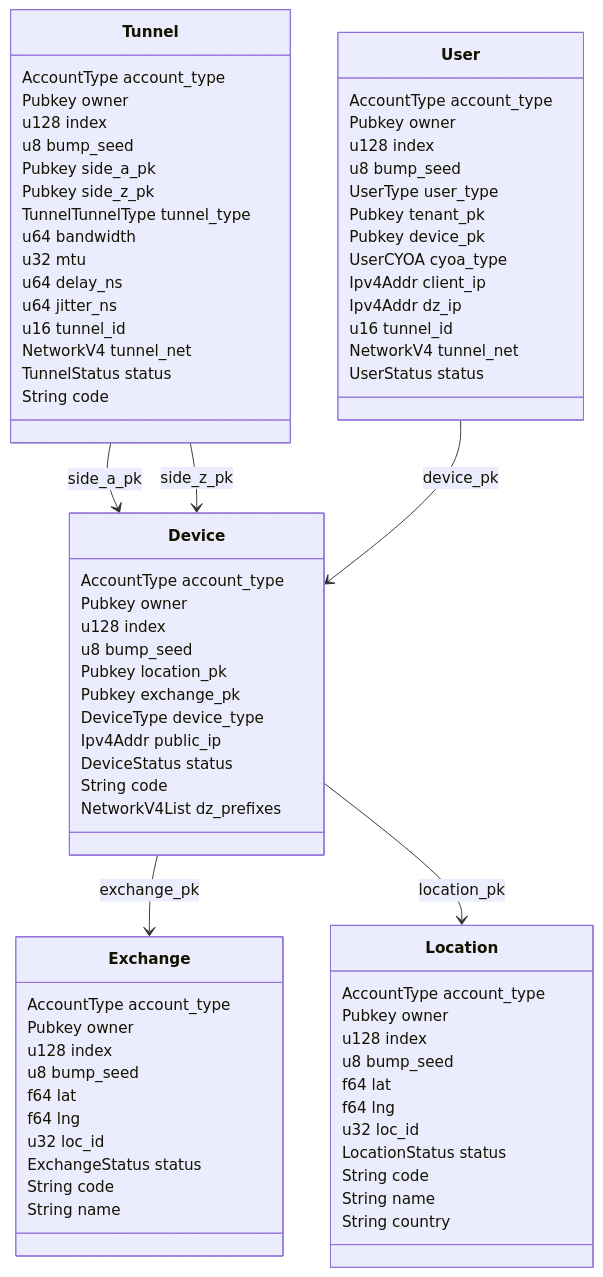
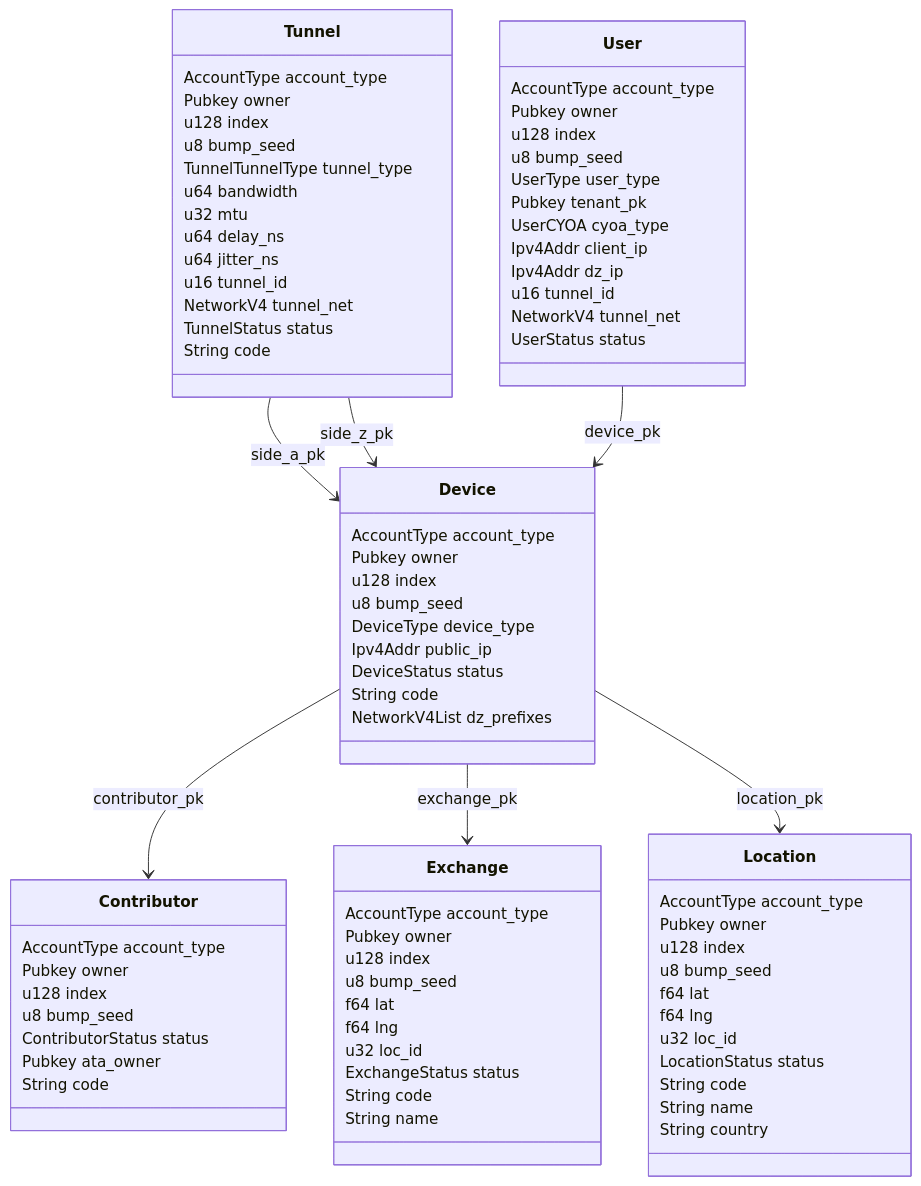
One commit to malbeclabs/doublezero changed the diagram in smartcontract/cli/README.md. Above: the diagram before and after it, drawn with Mermaid. The commit also changed other lines of this file and 2 other files, not shown here.

Commit message:
docs: add Contributor structure and commands to README files

```diff
--- a/smartcontract/cli/README.md
+++ b/smartcontract/cli/README.md
@@ -45,13 +45,20 @@
         String code
         String name
     }
+    class Contributor {
+        AccountType account_type
+        Pubkey owner
+        u128 index
+        u8 bump_seed
+        ContributorStatus status
+        Pubkey ata_owner
+        String code
+    }
     class Device {
         AccountType account_type
         Pubkey owner
         u128 index
         u8 bump_seed
-        Pubkey location_pk
-        Pubkey exchange_pk
         DeviceType device_type
         Ipv4Addr public_ip
         DeviceStatus status
@@ -63,8 +70,6 @@
         Pubkey owner
         u128 index
         u8 bump_seed
-        Pubkey side_a_pk
-        Pubkey side_z_pk
         TunnelTunnelType tunnel_type
         u64 bandwidth
         u32 mtu
@@ -82,7 +87,6 @@
         u8 bump_seed
         UserType user_type
         Pubkey tenant_pk
-        Pubkey device_pk
         UserCYOA cyoa_type
         Ipv4Addr client_ip
         Ipv4Addr dz_ip
@@ -90,7 +94,8 @@
         NetworkV4 tunnel_net
         UserStatus status
     }
-    Device --> Exchange : exchange_pk
+    Device --> Contributor : contributor_pk
+    Device --> Exchange : exchange_pk    
     Device --> Location  : location_pk
     Tunnel --> Device : side_a_pk
     Tunnel --> Device : side_z_pk
```
